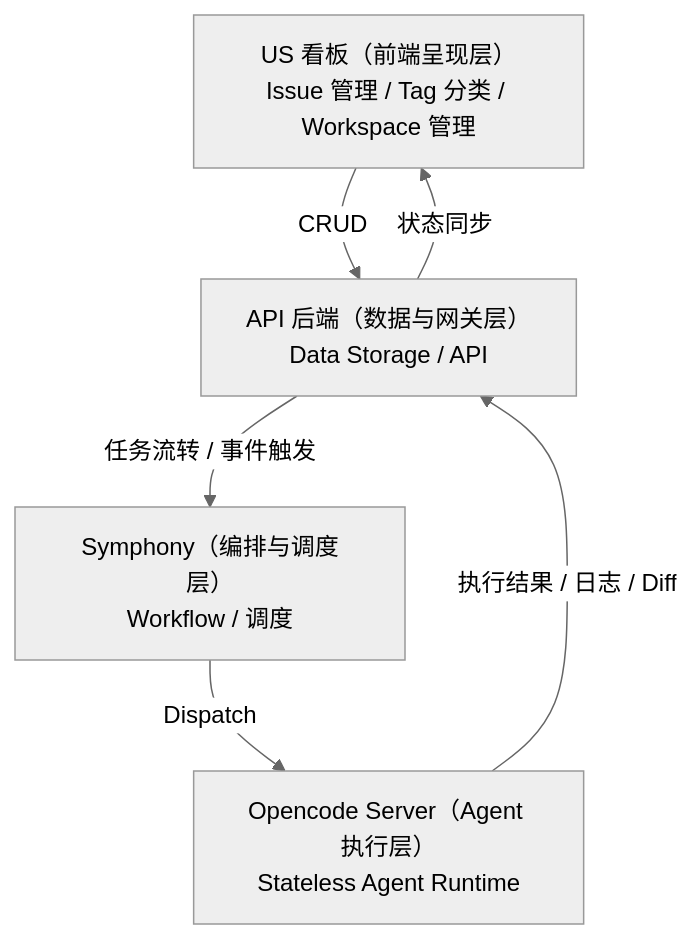
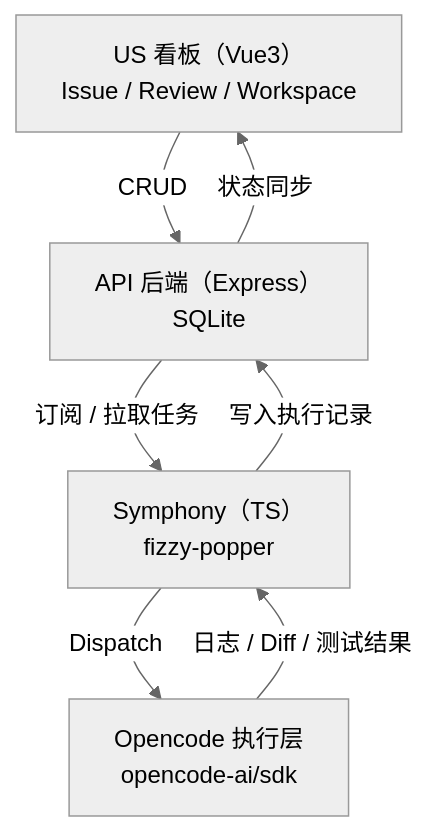
One commit to EnochLi15/SymphonyKanban changed the diagram in doc/2026-03-15-04-Arch-Symphony-Kanban-Layers.md. Above: the diagram before and after it, drawn with Mermaid (neutral theme). The commit also changed other lines of this file, not shown here.

Commit message:
docs: Revise Symphony Kanban architectural layers documentation.

````diff
--- a/doc/2026-03-15-04-Arch-Symphony-Kanban-Layers.md
+++ b/doc/2026-03-15-04-Arch-Symphony-Kanban-Layers.md
@@ -41,12 +114,13 @@
 ```mermaid
 graph TB
-  A[US 看板（前端呈现层）
-Issue 管理 / Tag 分类 / Workspace 管理] -->|CRUD| B[API 后端（数据与网关层）
-Data Storage / API]
-  B -->|任务流转 / 事件触发| C[Symphony（编排与调度层）
-Workflow / 调度]
-  C -->|Dispatch| D[Opencode Server（Agent 执行层）
-Stateless Agent Runtime]
-  D -->|执行结果 / 日志 / Diff| B
+  A[US 看板（Vue3）
+Issue / Review / Workspace] -->|CRUD| B[API 后端（Express）
+SQLite]
+  B -->|订阅 / 拉取任务| C[Symphony（TS）
+fizzy-popper]
+  C -->|Dispatch| D[Opencode 执行层
+opencode-ai/sdk]
+  D -->|日志 / Diff / 测试结果| C
+  C -->|写入执行记录| B
   B -->|状态同步| A
 ```
````
